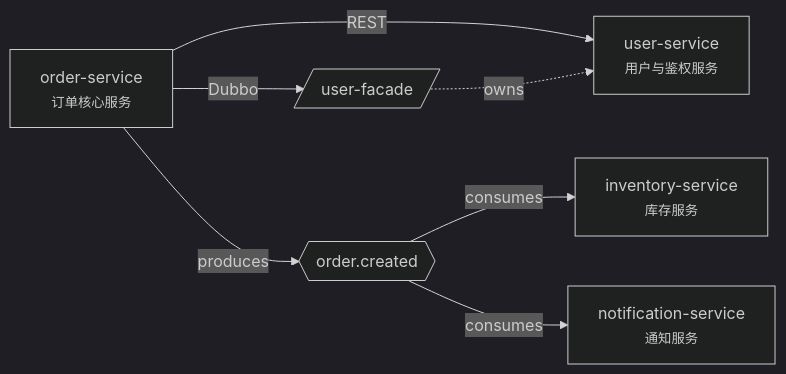
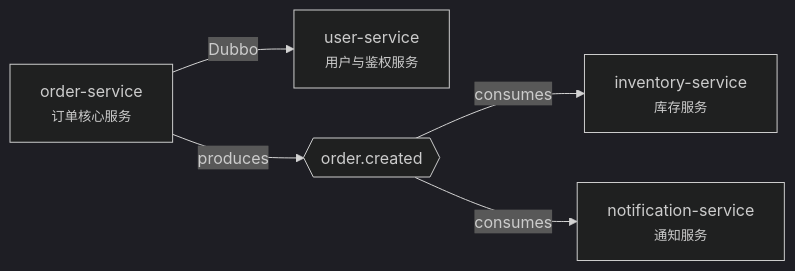
Before and after one commit to syuan217/vibe-kit: the diagram in docs/service-graph.md, drawn with Mermaid (dark theme). The commit also changed other lines of this file and 54 other files, not shown here.

First line of the commit message:
release: vibe-kit v1.0.0 — registry schema v3(服务级粒度)+ prompt 同源生成机制

````diff
--- a/docs/service-graph.md
+++ b/docs/service-graph.md
@@ -6,15 +7,12 @@
 ```mermaid
 graph LR
   s_order_service["order-service<br/><small>订单核心服务</small>"]
   s_user_service["user-service<br/><small>用户与鉴权服务</small>"]
   s_inventory_service["inventory-service<br/><small>库存服务</small>"]
   s_notification_service["notification-service<br/><small>通知服务</small>"]
-  s_order_service -->|REST| s_user_service
+  s_order_service -->|Dubbo| s_user_service
   t_order_created{{"order.created"}}
   s_order_service -->|produces| t_order_created
   t_order_created -->|consumes| s_inventory_service
   t_order_created -->|consumes| s_notification_service
-  f_user_facade[/"user-facade"/]
-  f_user_facade -.owns.-> s_user_service
-  s_order_service -->|Dubbo| f_user_facade
 ```
````
